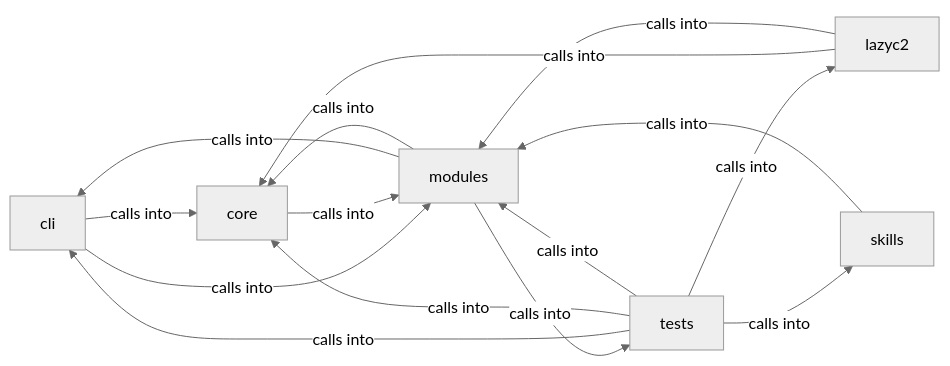
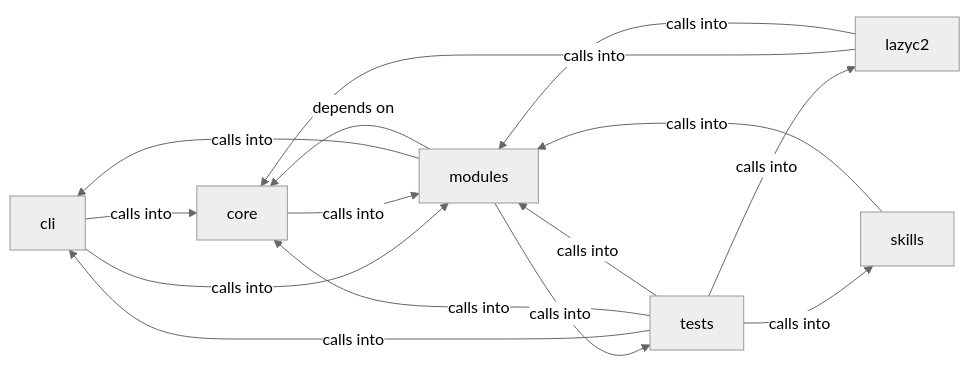
The diagram in readmenator-diagrams/modules_lazy_loop.md (grisuno/LazyOwn), drawn with Mermaid (neutral theme) before and after one commit. The commit also changed other lines of this file and 276 other files, not shown here.

````diff
--- a/readmenator-diagrams/modules_lazy_loop.md
+++ b/readmenator-diagrams/modules_lazy_loop.md
@@ -5,23 +5,23 @@
 ```mermaid
 graph LR
     cli["cli"]
     core["core"]
     lazyc2["lazyc2"]
     modules["modules"]
     skills["skills"]
     tests["tests"]
     cli -- "calls into" --> core
     cli -- "calls into" --> modules
     core -- "calls into" --> modules
     lazyc2 -- "calls into" --> core
     lazyc2 -- "calls into" --> modules
     modules -- "calls into" --> cli
-    modules -- "calls into" --> core
+    modules -- "depends on" --> core
     modules -- "calls into" --> tests
     skills -- "calls into" --> modules
     tests -- "calls into" --> cli
     tests -- "calls into" --> core
     tests -- "calls into" --> lazyc2
     tests -- "calls into" --> modules
     tests -- "calls into" --> skills
 ```
````
